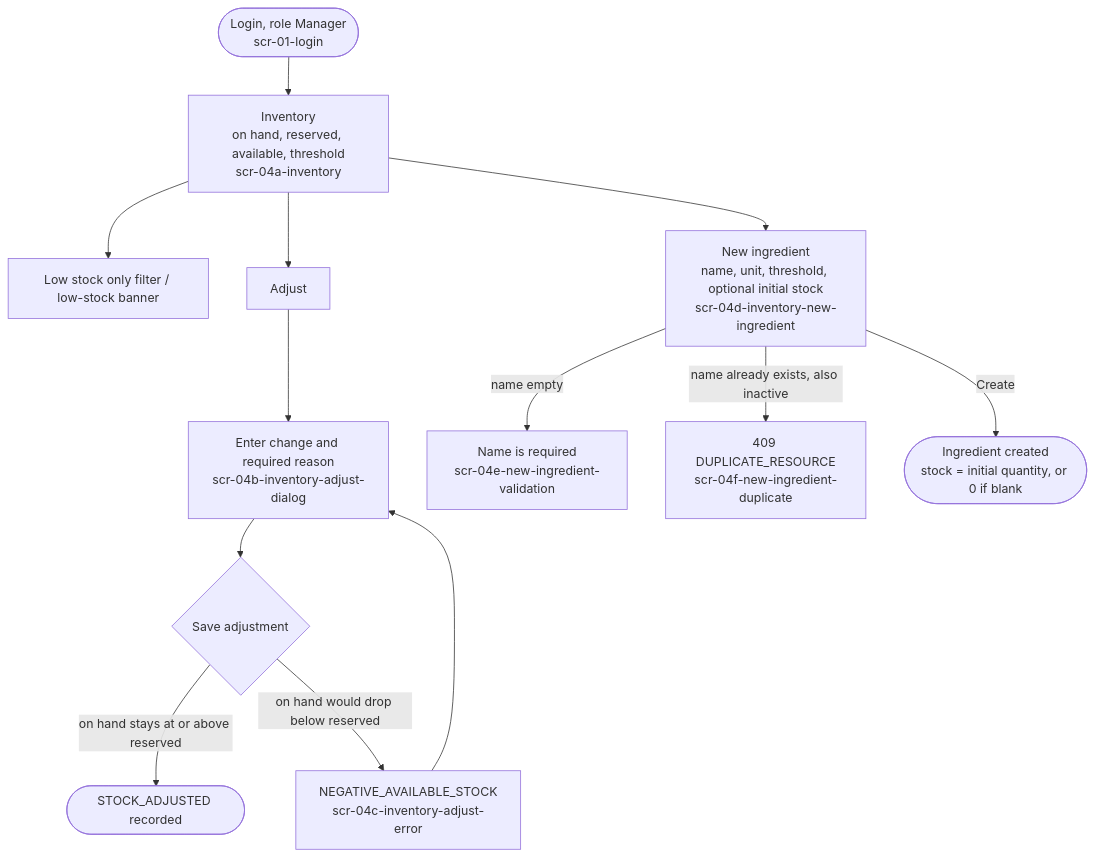
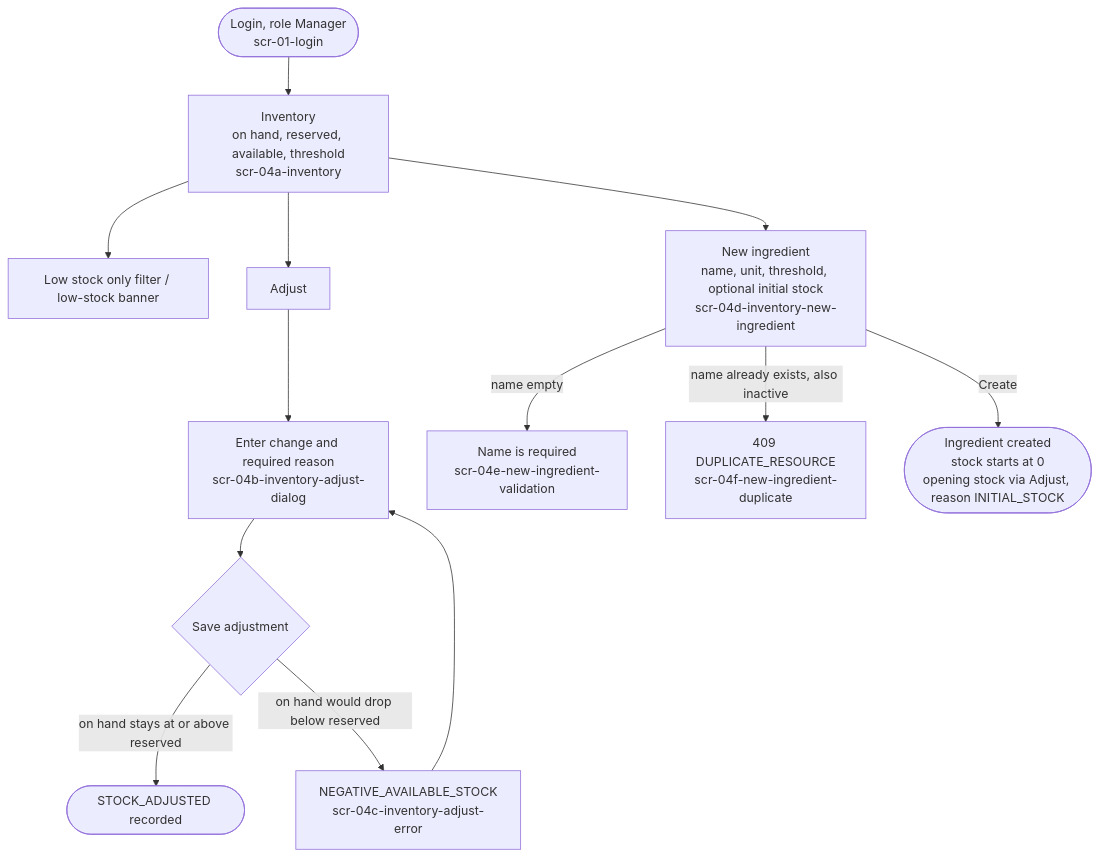
One commit to seng321-7th-team/PantryChef changed the fifth of 8 diagrams in docs/ui-ux/user-flows.md. Above: the diagram before and after it, drawn with Mermaid. The commit also changed other lines of this file, not shown here.

Commit message:
Update initial stock flow after PR #62 866122e (#52)

````diff
--- a/docs/ui-ux/user-flows.md
+++ b/docs/ui-ux/user-flows.md
@@ -96,15 +96,15 @@
 ```mermaid
 flowchart TD
     A([Login, role Manager<br/>scr-01-login]) --> B[Inventory<br/>on hand, reserved, available, threshold<br/>scr-04a-inventory]
     B --> C[Low stock only filter / low-stock banner]
     B --> D[Adjust]
     D --> E[Enter change and required reason<br/>scr-04b-inventory-adjust-dialog]
     E --> F{Save adjustment}
     F -->|on hand stays at or above reserved| G([STOCK_ADJUSTED recorded])
     F -->|on hand would drop below reserved| H[NEGATIVE_AVAILABLE_STOCK<br/>scr-04c-inventory-adjust-error]
     H --> E
     B --> I[New ingredient<br/>name, unit, threshold, optional initial stock<br/>scr-04d-inventory-new-ingredient]
     I -->|name empty| J[Name is required<br/>scr-04e-new-ingredient-validation]
     I -->|name already exists, also inactive| K[409 DUPLICATE_RESOURCE<br/>scr-04f-new-ingredient-duplicate]
-    I -->|Create| L([Ingredient created<br/>stock = initial quantity, or 0 if blank])
+    I -->|Create| L([Ingredient created<br/>stock starts at 0<br/>opening stock via Adjust, reason INITIAL_STOCK])
 ```
````
